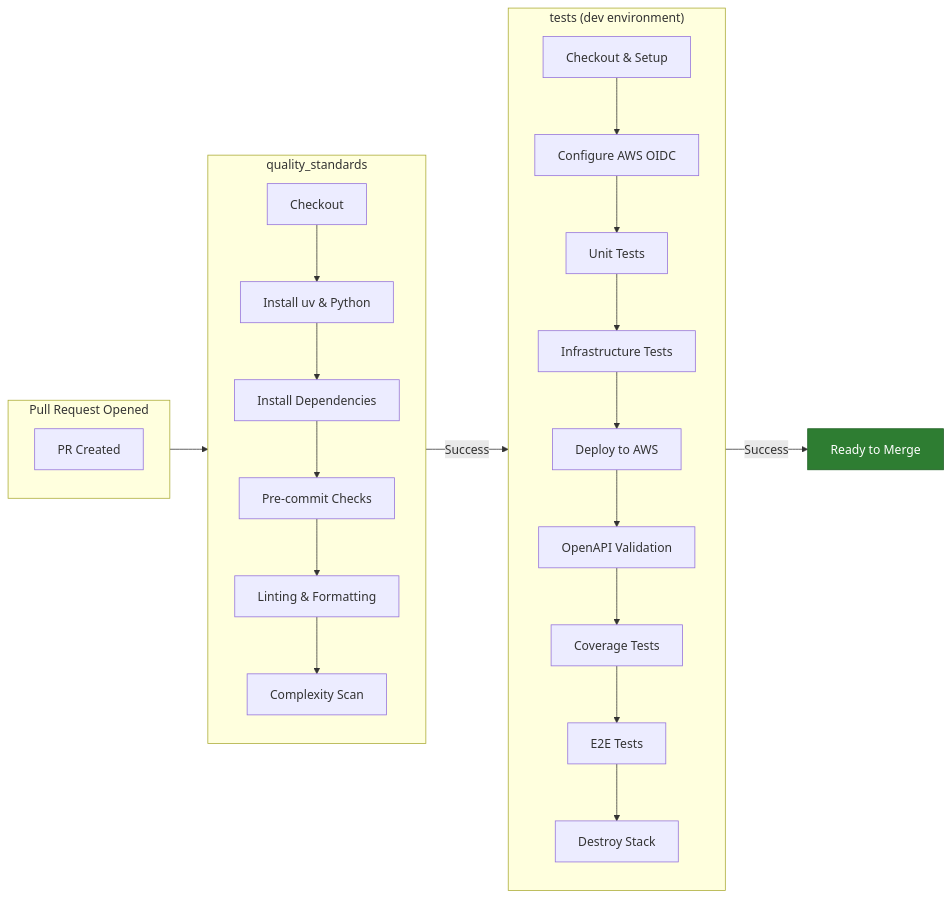
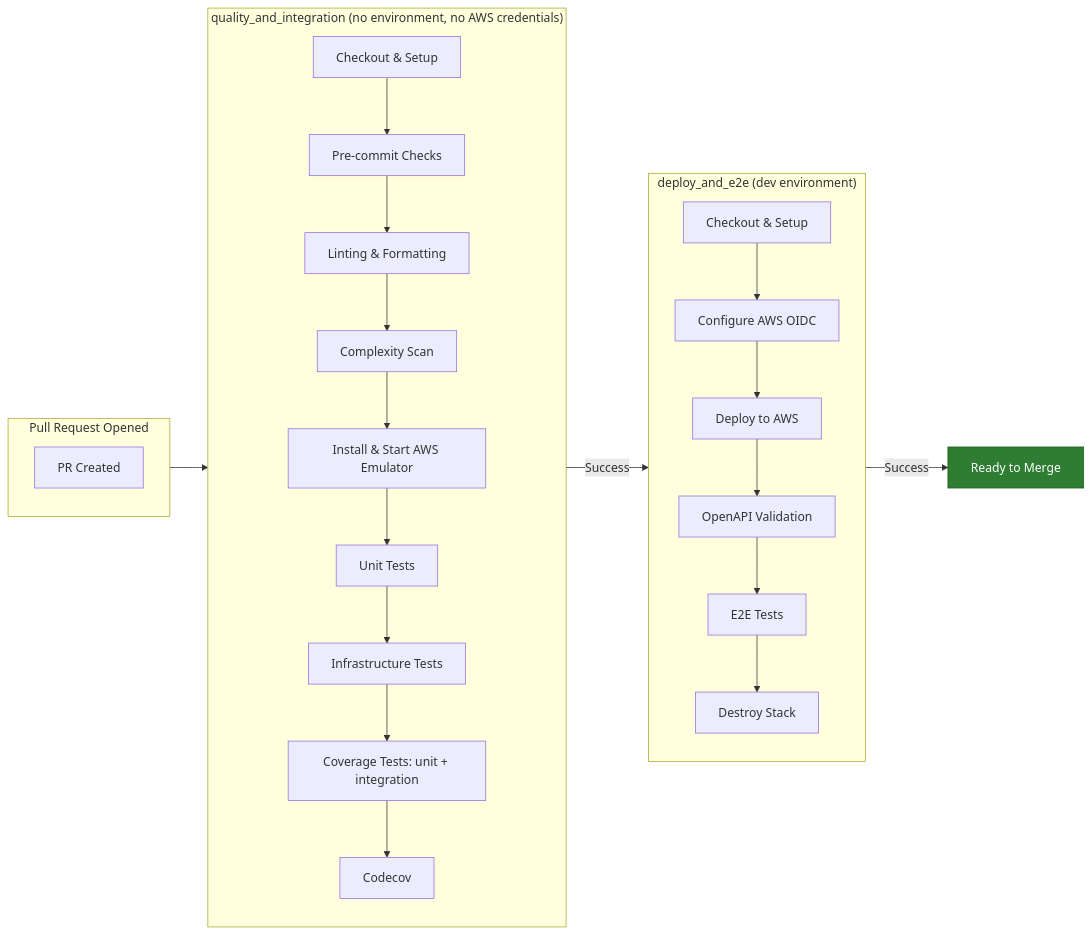
One commit to ran-isenberg/aws-lambda-handler-cookbook changed the first of 2 diagrams in docs/pipeline.md. Above: the diagram before and after it, drawn with Mermaid. The commit also changed other lines of this file and 36 other files, not shown here.

First line of the commit message:
feature: run integration tests against AWS Emulator (#1082)

````diff
--- a/docs/pipeline.md
+++ b/docs/pipeline.md
@@ -57,35 +61,35 @@
 ```mermaid
 flowchart LR
     subgraph PR["Pull Request Opened"]
         direction TB
         A[PR Created]
     end
 
-    subgraph QS["quality_standards"]
+    subgraph Integration["quality_and_integration (no environment, no AWS credentials)"]
         direction TB
-        B1[Checkout] --> B2[Install uv & Python]
-        B2 --> B3[Install Dependencies]
-        B3 --> B4[Pre-commit Checks]
-        B4 --> B5[Linting & Formatting]
-        B5 --> B6[Complexity Scan]
+        I0[Checkout & Setup] --> Q1[Pre-commit Checks]
+        Q1 --> Q2[Linting & Formatting]
+        Q2 --> Q3[Complexity Scan]
+        Q3 --> I2[Install & Start AWS Emulator]
+        I2 --> I3[Unit Tests]
+        I3 --> I4[Infrastructure Tests]
+        I4 --> I5[Coverage Tests: unit + integration]
+        I5 --> I6[Codecov]
     end
 
-    subgraph Tests["tests (dev environment)"]
+    subgraph Tests["deploy_and_e2e (dev environment)"]
         direction TB
         C1[Checkout & Setup] --> C2[Configure AWS OIDC]
-        C2 --> C3[Unit Tests]
-        C3 --> C4[Infrastructure Tests]
-        C4 --> C5[Deploy to AWS]
-        C5 --> C6[OpenAPI Validation]
-        C6 --> C7[Coverage Tests]
-        C7 --> C8[E2E Tests]
-        C8 --> C9[Destroy Stack]
+        C2 --> C3[Deploy to AWS]
+        C3 --> C4[OpenAPI Validation]
+        C4 --> C5[E2E Tests]
+        C5 --> C6[Destroy Stack]
     end
 
-    PR --> QS
-    QS -->|Success| Tests
+    PR --> Integration
+    Integration -->|Success| Tests
     Tests -->|Success| D[Ready to Merge]
 
     classDef success fill:#2E7D32,stroke:#1B5E20,color:#fff
     class D success
 ```
````
